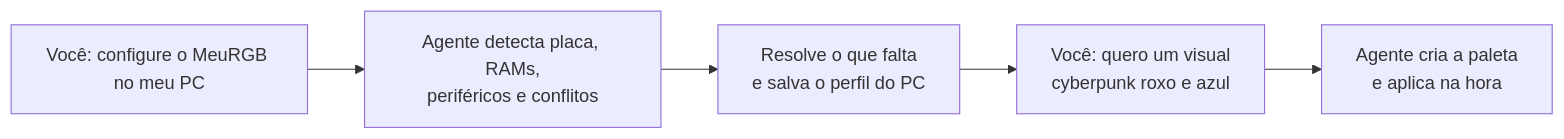
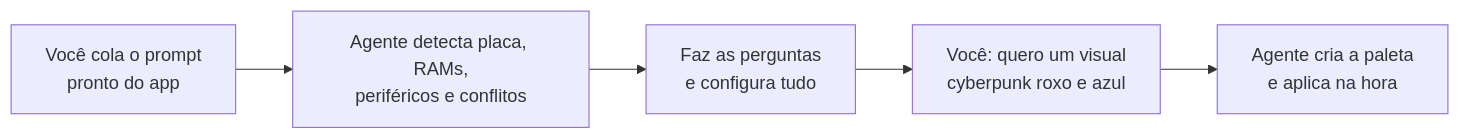
Before and after one commit to lucianookdp/EasyRGB: the diagram in README.md, drawn with Mermaid. The commit also changed other lines of this file and 5 other files, not shown here.

````diff
--- a/README.md
+++ b/README.md
@@ -40,7 +40,7 @@
 ```mermaid
 flowchart LR
-    A["Você: configure o MeuRGB no meu PC"] --> B["Agente detecta placa, RAMs,<br/>periféricos e conflitos"]
-    B --> C["Resolve o que falta<br/>e salva o perfil do PC"]
+    A["Você cola o prompt<br/>pronto do app"] --> B["Agente detecta placa, RAMs,<br/>periféricos e conflitos"]
+    B --> C["Faz as perguntas<br/>e configura tudo"]
     C --> D["Você: quero um visual<br/>cyberpunk roxo e azul"]
     D --> E["Agente cria a paleta<br/>e aplica na hora"]
 ```
````
